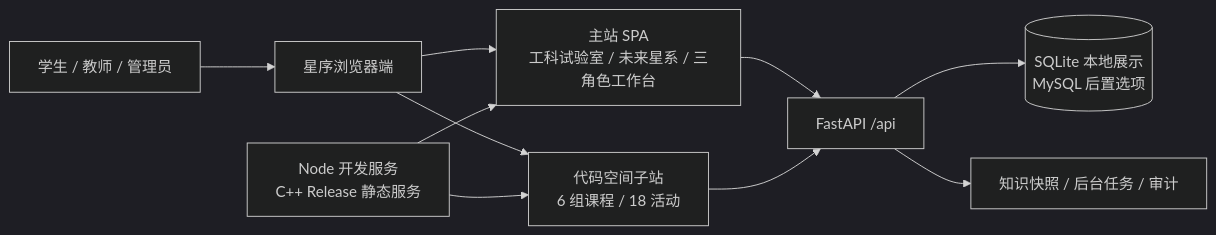
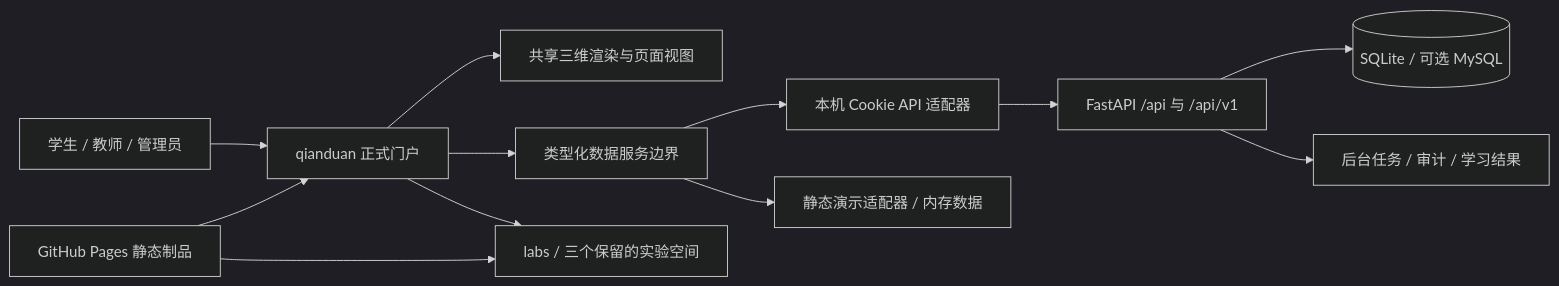
Before and after one commit to falling-feather/Astra: the first of 13 diagrams in doc/01-开发者手册.md, drawn with Mermaid (dark theme). The commit also changed other lines of this file and 51 other files, not shown here.

````diff
--- a/doc/01-开发者手册.md
+++ b/doc/01-开发者手册.md
@@ -81,12 +82,14 @@
 ```mermaid
 flowchart LR
-    U[学生 / 教师 / 管理员] --> WEB[星序浏览器端]
-    WEB --> SPA[主站 SPA\n工科试验室 / 未来星系 / 三角色工作台]
-    WEB --> CODE[代码空间子站\n6 组课程 / 18 活动]
-    SPA --> API[FastAPI /api]
-    CODE --> API
-    API --> DB[(SQLite 本地展示\nMySQL 后置选项)]
-    API --> JOB[知识快照 / 后台任务 / 审计]
-    STATIC[Node 开发服务\nC++ Release 静态服务] --> SPA
-    STATIC --> CODE
+    USER[学生 / 教师 / 管理员] --> PORTAL[qianduan 正式门户]
+    PORTAL --> RENDER[共享三维渲染与页面视图]
+    PORTAL --> GATEWAY[类型化数据服务边界]
+    GATEWAY --> LOCAL[本机 Cookie API 适配器]
+    GATEWAY --> DEMO[静态演示适配器 / 内存数据]
+    LOCAL --> API[FastAPI /api 与 /api/v1]
+    API --> DB[(SQLite / 可选 MySQL)]
+    API --> JOB[后台任务 / 审计 / 学习结果]
+    PORTAL --> LABS[labs / 三个保留的实验空间]
+    PAGES[GitHub Pages 静态制品] --> PORTAL
+    PAGES --> LABS
 ```
````
